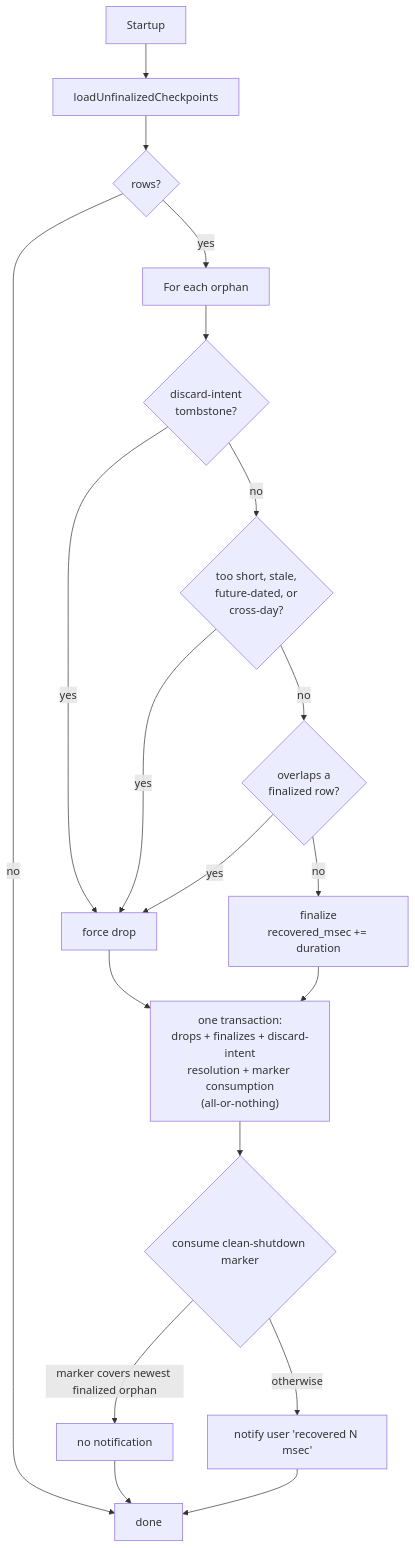
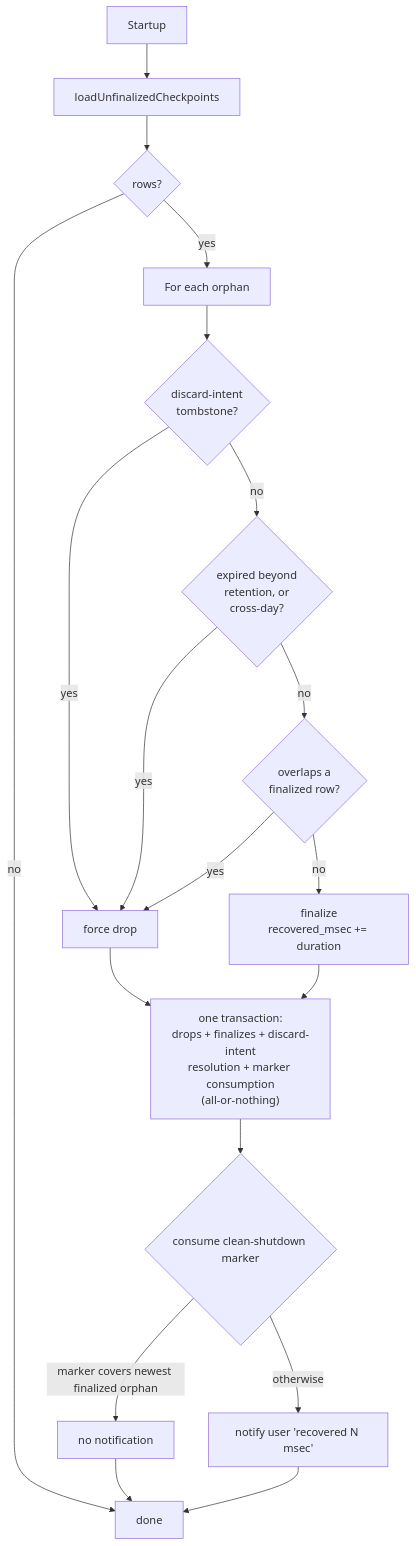
The diagram in doc/persistence.md (marifoo/PausePilot), drawn with Mermaid before and after one commit. The commit also changed other lines of this file and 8 other files, not shown here.

````diff
--- a/doc/persistence.md
+++ b/doc/persistence.md
@@ -167,21 +174,21 @@
 ```mermaid
 flowchart TD
     A[Startup] --> B[loadUnfinalizedCheckpoints]
     B --> C{rows?}
     C -- no --> Z[done]
     C -- yes --> D[For each orphan]
     D --> DI{discard-intent<br/>tombstone?}
     DI -- yes --> F[force drop]
-    DI -- no --> E{too short, stale,<br/>future-dated, or<br/>cross-day?}
+    DI -- no --> E{expired beyond<br/>retention, or<br/>cross-day?}
     E -- yes --> F
     E -- no --> OV{overlaps a<br/>finalized row?}
     OV -- yes --> F
     OV -- no --> G[finalize<br/>recovered_msec += duration]
     F --> H["one transaction:<br/>drops + finalizes + discard-intent<br/>resolution + marker consumption<br/>(all-or-nothing)"]
     G --> H
     H --> I{consume clean-shutdown marker}
     I -- marker covers newest finalized orphan --> J[no notification]
     I -- otherwise --> K[notify user 'recovered N msec']
     J --> Z
     K --> Z
 ```
````
